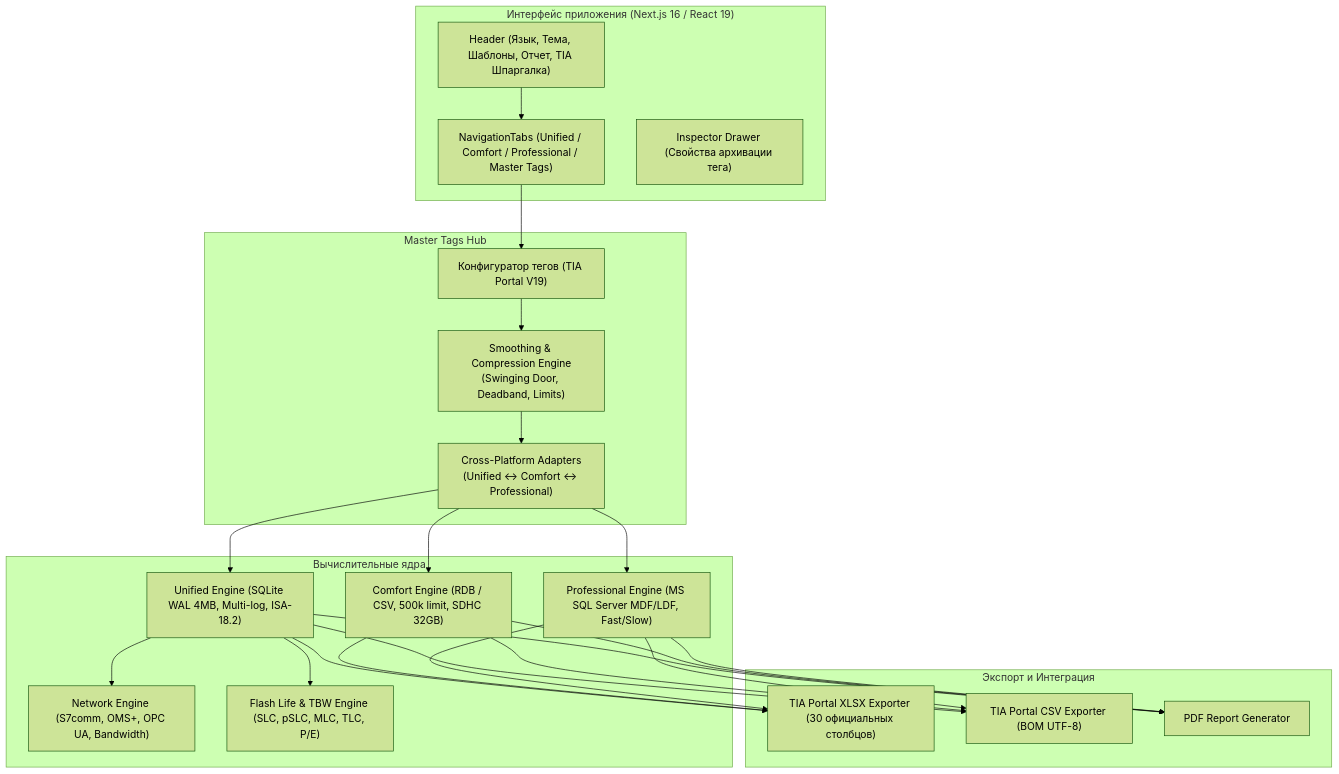
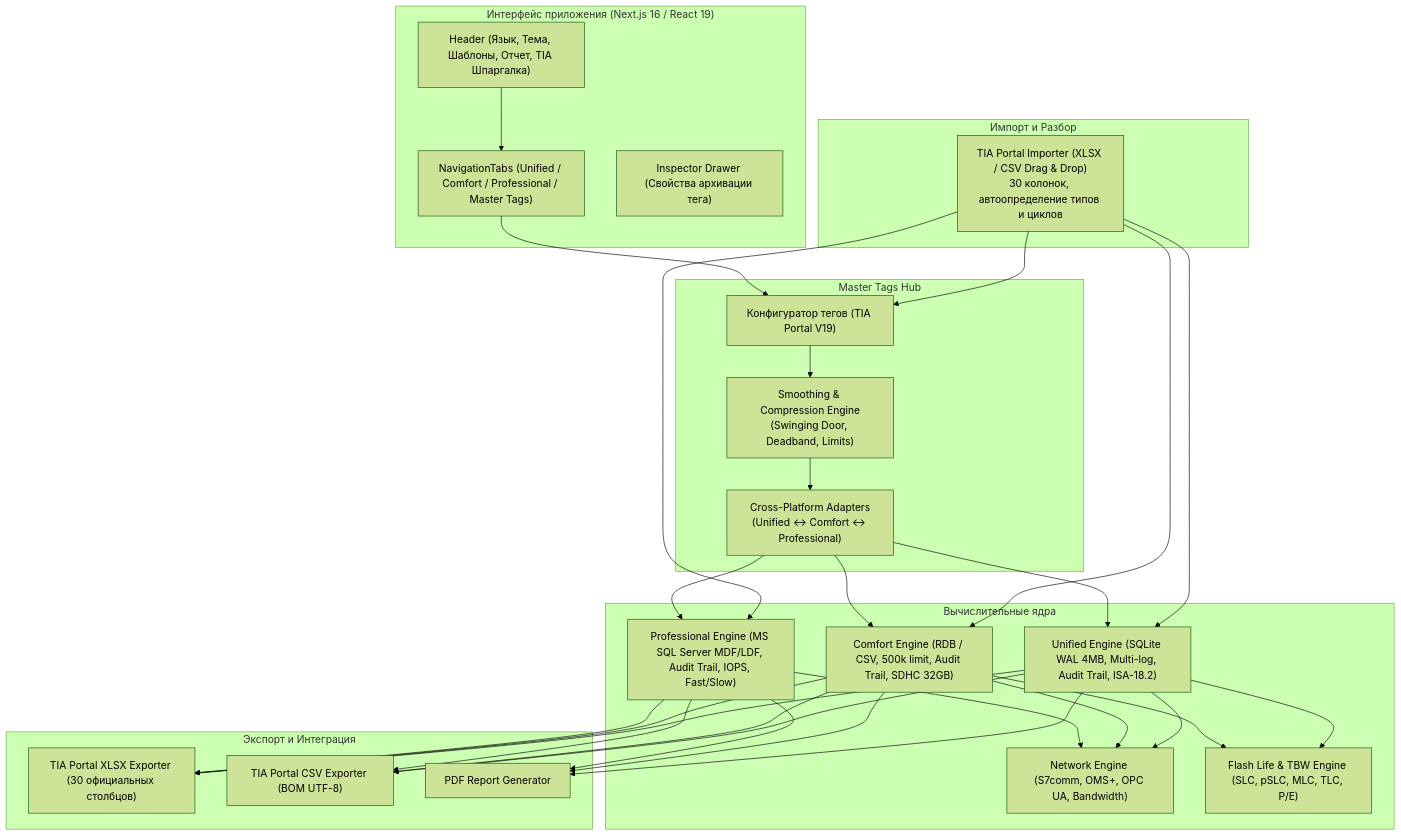
The diagram in README.md (M-Galymzhan/wincc-log-architect), drawn with Mermaid (forest theme) before and after one commit. The commit also changed other lines of this file and 13 other files, not shown here.

Commit message:
feat(hub): v2.16.0 add TIA Portal XLSX tag import, universal audit trail for comfort and professional, and docs update

````diff
--- a/README.md
+++ b/README.md
@@ -73,38 +77,44 @@
 ```mermaid
 flowchart TD
     subgraph UI ["Интерфейс приложения (Next.js 16 / React 19)"]
         Header["Header (Язык, Тема, Шаблоны, Отчет, TIA Шпаргалка)"]
         Nav["NavigationTabs (Unified / Comfort / Professional / Master Tags)"]
         Drawer["Inspector Drawer (Свойства архивации тега)"]
+    end
+
+    subgraph Importers ["Импорт и Разбор"]
+        TiaImport["TIA Portal Importer (XLSX / CSV Drag & Drop)\n30 колонок, автоопределение типов и циклов"]
     end
 
     subgraph Hub ["Master Tags Hub"]
         MasterConfig["Конфигуратор тегов (TIA Portal V19)"]
         SmoothEngine["Smoothing & Compression Engine\n(Swinging Door, Deadband, Limits)"]
         CrossSync["Cross-Platform Adapters\n(Unified ↔ Comfort ↔ Professional)"]
     end
 
     subgraph Engines ["Вычислительные ядра"]
-        UnifiedEngine["Unified Engine (SQLite WAL 4MB, Multi-log, ISA-18.2)"]
-        ComfortEngine["Comfort Engine (RDB / CSV, 500k limit, SDHC 32GB)"]
-        ProEngine["Professional Engine (MS SQL Server MDF/LDF, Fast/Slow)"]
+        UnifiedEngine["Unified Engine (SQLite WAL 4MB, Multi-log, Audit Trail, ISA-18.2)"]
+        ComfortEngine["Comfort Engine (RDB / CSV, 500k limit, Audit Trail, SDHC 32GB)"]
+        ProEngine["Professional Engine (MS SQL Server MDF/LDF, Audit Trail, IOPS, Fast/Slow)"]
         NetEngine["Network Engine (S7comm, OMS+, OPC UA, Bandwidth)"]
         FlashEngine["Flash Life & TBW Engine (SLC, pSLC, MLC, TLC, P/E)"]
     end
 
     subgraph Exporters ["Экспорт и Интеграция"]
         TiaXlsx["TIA Portal XLSX Exporter (30 официальных столбцов)"]
         TiaCsv["TIA Portal CSV Exporter (BOM UTF-8)"]
         PdfReport["PDF Report Generator"]
     end
 
     Header --> Nav
+    TiaImport --> MasterConfig & UnifiedEngine & ComfortEngine & ProEngine
     Nav --> MasterConfig
     MasterConfig --> SmoothEngine --> CrossSync
     CrossSync --> UnifiedEngine
     CrossSync --> ComfortEngine
     CrossSync --> ProEngine
     UnifiedEngine --> FlashEngine
-    UnifiedEngine --> NetEngine
+    ComfortEngine --> FlashEngine
+    UnifiedEngine & ComfortEngine & ProEngine --> NetEngine
     UnifiedEngine & ComfortEngine & ProEngine --> TiaXlsx & TiaCsv & PdfReport
 ```
````
